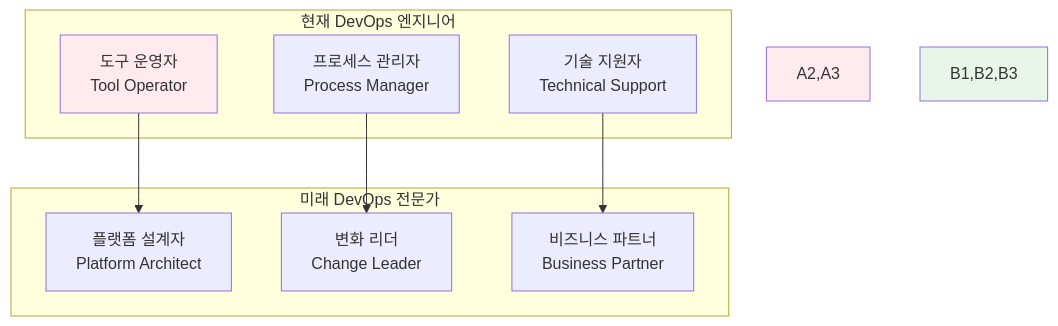
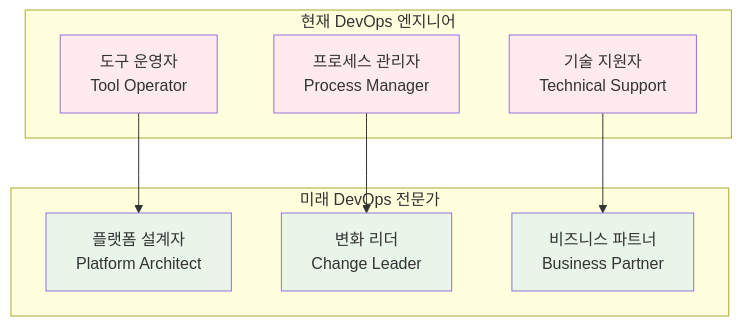
The fourth of 6 diagrams in theory/week_01/day1/session_3.md (niceguy61/kdt_devops_lecture_2025), drawn with Mermaid before and after one commit.

````diff
--- a/theory/week_01/day1/session_3.md
+++ b/theory/week_01/day1/session_3.md
@@ -144,22 +144,25 @@
 ```mermaid
 graph TB
     subgraph "현재 DevOps 엔지니어"
         A1[도구 운영자<br/>Tool Operator]
         A2[프로세스 관리자<br/>Process Manager]
         A3[기술 지원자<br/>Technical Support]
     end
     
     subgraph "미래 DevOps 전문가"
         B1[플랫폼 설계자<br/>Platform Architect]
         B2[변화 리더<br/>Change Leader]
         B3[비즈니스 파트너<br/>Business Partner]
     end
     
     A1 --> B1
     A2 --> B2
     A3 --> B3
     
     style A1 fill:#ffebee
-    style A2,A3 fill:#ffebee
-    style B1,B2,B3 fill:#e8f5e8
+    style A2 fill:#ffebee
+    style A3 fill:#ffebee
+    style B1 fill:#e8f5e8
+    style B2 fill:#e8f5e8
+    style B3 fill:#e8f5e8
 ```
````
